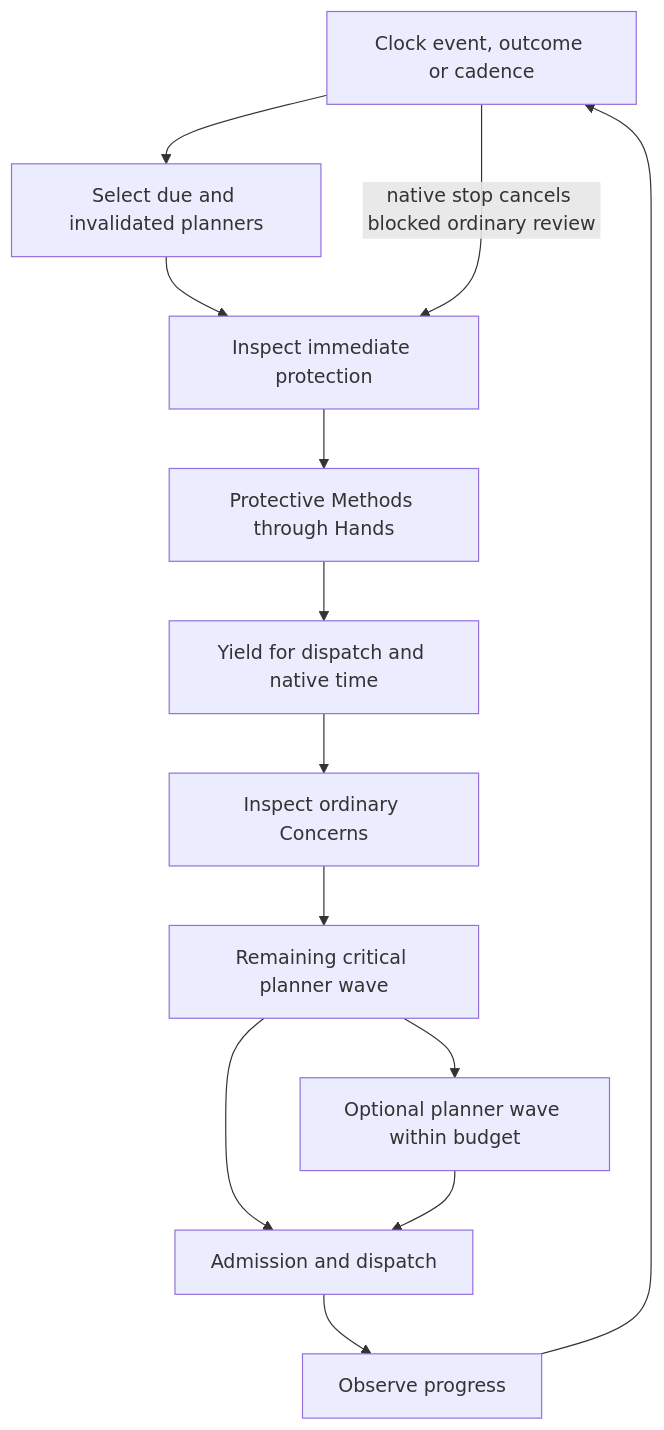
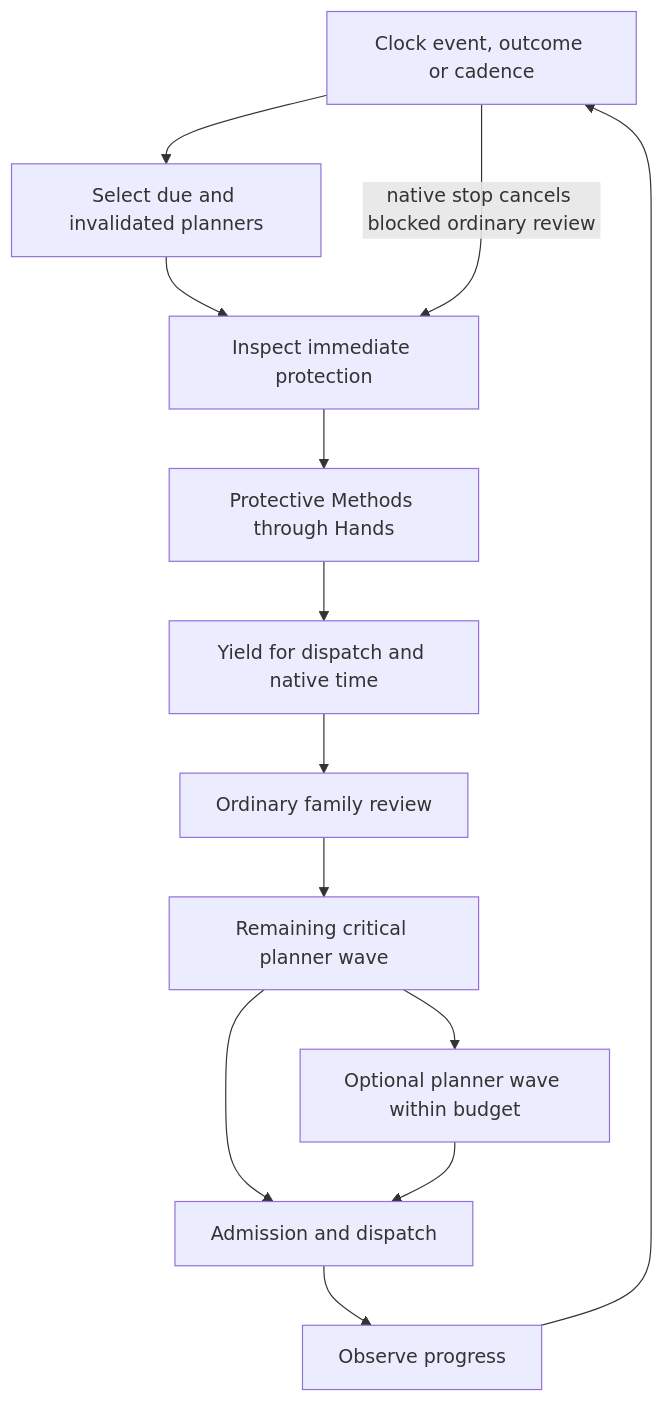
One commit to davidarcher/rimgovernor changed the second of 4 diagrams in docs/developers/architecture/control-loop.md. Above: the diagram before and after it, drawn with Mermaid. The commit also changed other lines of this file and 20 other files, not shown here.

````diff
--- a/docs/developers/architecture/control-loop.md
+++ b/docs/developers/architecture/control-loop.md
@@ -790,15 +689,15 @@
 ```mermaid
 flowchart TD
     Event[Clock event, outcome or cadence] --> Queue[Select due and invalidated planners]
     Queue --> Immediate[Inspect immediate protection]
     Immediate --> Protection[Protective Methods through Hands]
     Protection --> Advance[Yield for dispatch and native time]
-    Advance --> Round[Inspect ordinary Concerns]
+    Advance --> Round[Ordinary family review]
     Round --> Critical[Remaining critical planner wave]
     Critical --> Optional[Optional planner wave within budget]
     Critical --> Admit[Admission and dispatch]
     Optional --> Admit
     Admit --> Observe[Observe progress]
     Observe --> Event
     Event -->|native stop cancels blocked ordinary review| Immediate
 ```
````
